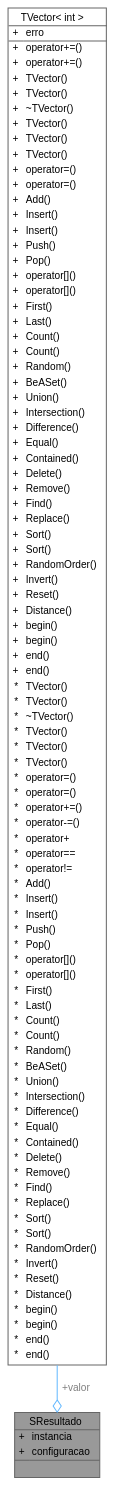
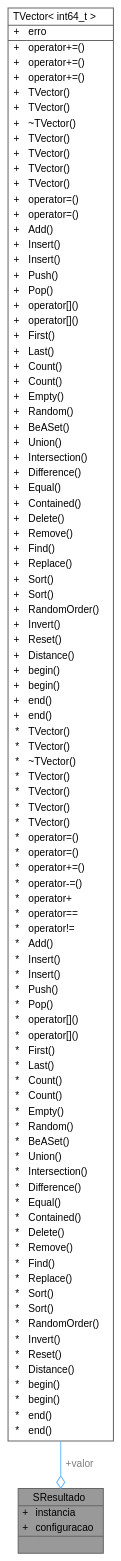
The diagram in structSResultado__coll__graph.dot (jcoelho72/TProcura), drawn with Graphviz before and after one commit. The commit also changed 515 other files, not shown here.

```diff
--- a/structSResultado__coll__graph.dot
+++ b/structSResultado__coll__graph.dot
@@ -13,15 +13,17 @@
 </TABLE>>
 ,height=0.2,width=0.4,color="gray40", fillcolor="grey60", style="filled", fontcolor="black",tooltip=" "];
   Node2 -> Node1 [id="edge2_Node000001_Node000002",color="steelblue1",style="solid",tooltip=" ",label=" +valor",fontcolor="grey" ,arrowhead="odiamond"];
-  Node2 [id="Node000002",shape=plain,label=<<TABLE CELLBORDER="0" BORDER="1"><TR><TD COLSPAN="2" CELLPADDING="1" CELLSPACING="0">TVector&lt; int &gt;</TD></TR>
+  Node2 [id="Node000002",shape=plain,label=<<TABLE CELLBORDER="0" BORDER="1"><TR><TD COLSPAN="2" CELLPADDING="1" CELLSPACING="0">TVector&lt; int64_t &gt;</TD></TR>
 <HR/>
 <TR><TD VALIGN="top" CELLPADDING="1" CELLSPACING="0">+</TD><TD VALIGN="top" ALIGN="LEFT" CELLPADDING="1" CELLSPACING="0">erro<BR ALIGN="LEFT"/></TD></TR>
 <HR/>
 <TR><TD VALIGN="top" CELLPADDING="1" CELLSPACING="0">+</TD><TD VALIGN="top" ALIGN="LEFT" CELLPADDING="1" CELLSPACING="0">operator+=()<BR ALIGN="LEFT"/></TD></TR>
 <TR><TD VALIGN="top" CELLPADDING="1" CELLSPACING="0">+</TD><TD VALIGN="top" ALIGN="LEFT" CELLPADDING="1" CELLSPACING="0">operator+=()<BR ALIGN="LEFT"/></TD></TR>
+<TR><TD VALIGN="top" CELLPADDING="1" CELLSPACING="0">+</TD><TD VALIGN="top" ALIGN="LEFT" CELLPADDING="1" CELLSPACING="0">operator+=()<BR ALIGN="LEFT"/></TD></TR>
 <TR><TD VALIGN="top" CELLPADDING="1" CELLSPACING="0">+</TD><TD VALIGN="top" ALIGN="LEFT" CELLPADDING="1" CELLSPACING="0">TVector()<BR ALIGN="LEFT"/></TD></TR>
 <TR><TD VALIGN="top" CELLPADDING="1" CELLSPACING="0">+</TD><TD VALIGN="top" ALIGN="LEFT" CELLPADDING="1" CELLSPACING="0">TVector()<BR ALIGN="LEFT"/></TD></TR>
 <TR><TD VALIGN="top" CELLPADDING="1" CELLSPACING="0">+</TD><TD VALIGN="top" ALIGN="LEFT" CELLPADDING="1" CELLSPACING="0">~TVector()<BR ALIGN="LEFT"/></TD></TR>
+<TR><TD VALIGN="top" CELLPADDING="1" CELLSPACING="0">+</TD><TD VALIGN="top" ALIGN="LEFT" CELLPADDING="1" CELLSPACING="0">TVector()<BR ALIGN="LEFT"/></TD></TR>
 <TR><TD VALIGN="top" CELLPADDING="1" CELLSPACING="0">+</TD><TD VALIGN="top" ALIGN="LEFT" CELLPADDING="1" CELLSPACING="0">TVector()<BR ALIGN="LEFT"/></TD></TR>
 <TR><TD VALIGN="top" CELLPADDING="1" CELLSPACING="0">+</TD><TD VALIGN="top" ALIGN="LEFT" CELLPADDING="1" CELLSPACING="0">TVector()<BR ALIGN="LEFT"/></TD></TR>
 <TR><TD VALIGN="top" CELLPADDING="1" CELLSPACING="0">+</TD><TD VALIGN="top" ALIGN="LEFT" CELLPADDING="1" CELLSPACING="0">TVector()<BR ALIGN="LEFT"/></TD></TR>
@@ -38,6 +40,7 @@
 <TR><TD VALIGN="top" CELLPADDING="1" CELLSPACING="0">+</TD><TD VALIGN="top" ALIGN="LEFT" CELLPADDING="1" CELLSPACING="0">Last()<BR ALIGN="LEFT"/></TD></TR>
 <TR><TD VALIGN="top" CELLPADDING="1" CELLSPACING="0">+</TD><TD VALIGN="top" ALIGN="LEFT" CELLPADDING="1" CELLSPACING="0">Count()<BR ALIGN="LEFT"/></TD></TR>
 <TR><TD VALIGN="top" CELLPADDING="1" CELLSPACING="0">+</TD><TD VALIGN="top" ALIGN="LEFT" CELLPADDING="1" CELLSPACING="0">Count()<BR ALIGN="LEFT"/></TD></TR>
+<TR><TD VALIGN="top" CELLPADDING="1" CELLSPACING="0">+</TD><TD VALIGN="top" ALIGN="LEFT" CELLPADDING="1" CELLSPACING="0">Empty()<BR ALIGN="LEFT"/></TD></TR>
 <TR><TD VALIGN="top" CELLPADDING="1" CELLSPACING="0">+</TD><TD VALIGN="top" ALIGN="LEFT" CELLPADDING="1" CELLSPACING="0">Random()<BR ALIGN="LEFT"/></TD></TR>
 <TR><TD VALIGN="top" CELLPADDING="1" CELLSPACING="0">+</TD><TD VALIGN="top" ALIGN="LEFT" CELLPADDING="1" CELLSPACING="0">BeASet()<BR ALIGN="LEFT"/></TD></TR>
 <TR><TD VALIGN="top" CELLPADDING="1" CELLSPACING="0">+</TD><TD VALIGN="top" ALIGN="LEFT" CELLPADDING="1" CELLSPACING="0">Union()<BR ALIGN="LEFT"/></TD></TR>
@@ -65,6 +68,7 @@
 <TR><TD VALIGN="top" CELLPADDING="1" CELLSPACING="0">*</TD><TD VALIGN="top" ALIGN="LEFT" CELLPADDING="1" CELLSPACING="0">TVector()<BR ALIGN="LEFT"/></TD></TR>
 <TR><TD VALIGN="top" CELLPADDING="1" CELLSPACING="0">*</TD><TD VALIGN="top" ALIGN="LEFT" CELLPADDING="1" CELLSPACING="0">TVector()<BR ALIGN="LEFT"/></TD></TR>
 <TR><TD VALIGN="top" CELLPADDING="1" CELLSPACING="0">*</TD><TD VALIGN="top" ALIGN="LEFT" CELLPADDING="1" CELLSPACING="0">TVector()<BR ALIGN="LEFT"/></TD></TR>
+<TR><TD VALIGN="top" CELLPADDING="1" CELLSPACING="0">*</TD><TD VALIGN="top" ALIGN="LEFT" CELLPADDING="1" CELLSPACING="0">TVector()<BR ALIGN="LEFT"/></TD></TR>
 <TR><TD VALIGN="top" CELLPADDING="1" CELLSPACING="0">*</TD><TD VALIGN="top" ALIGN="LEFT" CELLPADDING="1" CELLSPACING="0">operator=()<BR ALIGN="LEFT"/></TD></TR>
 <TR><TD VALIGN="top" CELLPADDING="1" CELLSPACING="0">*</TD><TD VALIGN="top" ALIGN="LEFT" CELLPADDING="1" CELLSPACING="0">operator=()<BR ALIGN="LEFT"/></TD></TR>
 <TR><TD VALIGN="top" CELLPADDING="1" CELLSPACING="0">*</TD><TD VALIGN="top" ALIGN="LEFT" CELLPADDING="1" CELLSPACING="0">operator+=()<BR ALIGN="LEFT"/></TD></TR>
@@ -83,6 +87,7 @@
 <TR><TD VALIGN="top" CELLPADDING="1" CELLSPACING="0">*</TD><TD VALIGN="top" ALIGN="LEFT" CELLPADDING="1" CELLSPACING="0">Last()<BR ALIGN="LEFT"/></TD></TR>
 <TR><TD VALIGN="top" CELLPADDING="1" CELLSPACING="0">*</TD><TD VALIGN="top" ALIGN="LEFT" CELLPADDING="1" CELLSPACING="0">Count()<BR ALIGN="LEFT"/></TD></TR>
 <TR><TD VALIGN="top" CELLPADDING="1" CELLSPACING="0">*</TD><TD VALIGN="top" ALIGN="LEFT" CELLPADDING="1" CELLSPACING="0">Count()<BR ALIGN="LEFT"/></TD></TR>
+<TR><TD VALIGN="top" CELLPADDING="1" CELLSPACING="0">*</TD><TD VALIGN="top" ALIGN="LEFT" CELLPADDING="1" CELLSPACING="0">Empty()<BR ALIGN="LEFT"/></TD></TR>
 <TR><TD VALIGN="top" CELLPADDING="1" CELLSPACING="0">*</TD><TD VALIGN="top" ALIGN="LEFT" CELLPADDING="1" CELLSPACING="0">Random()<BR ALIGN="LEFT"/></TD></TR>
 <TR><TD VALIGN="top" CELLPADDING="1" CELLSPACING="0">*</TD><TD VALIGN="top" ALIGN="LEFT" CELLPADDING="1" CELLSPACING="0">BeASet()<BR ALIGN="LEFT"/></TD></TR>
 <TR><TD VALIGN="top" CELLPADDING="1" CELLSPACING="0">*</TD><TD VALIGN="top" ALIGN="LEFT" CELLPADDING="1" CELLSPACING="0">Union()<BR ALIGN="LEFT"/></TD></TR>
```
